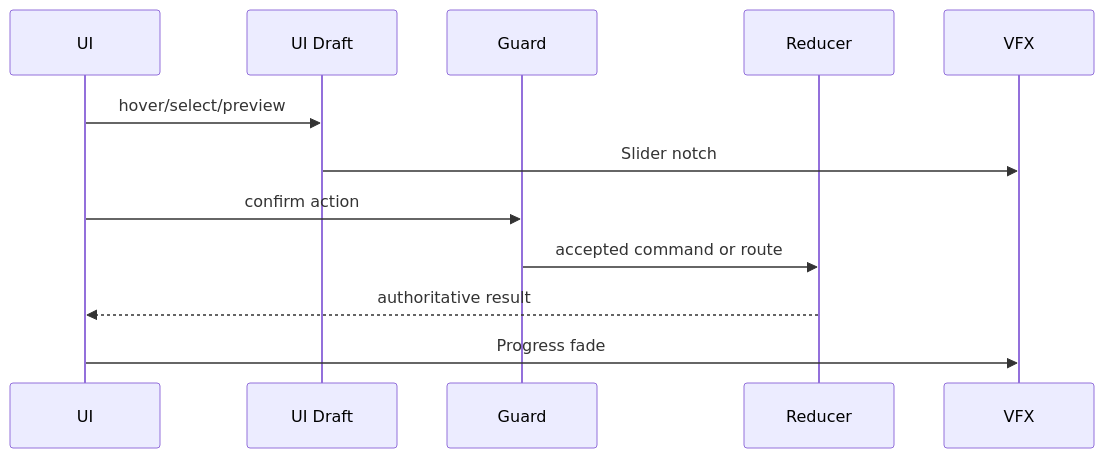
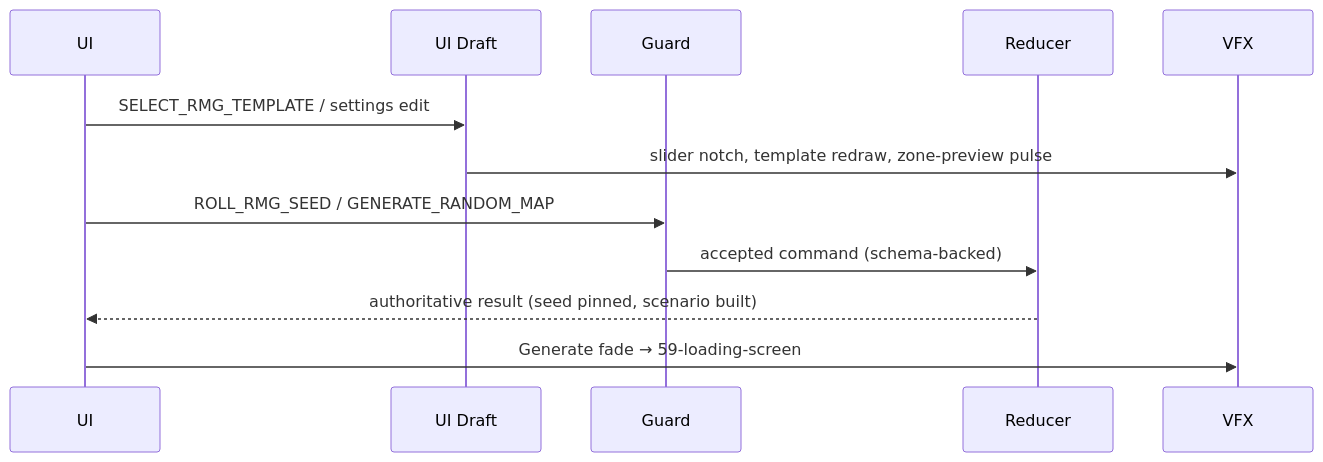
One commit to SunaNoOshiro/Heroes_Reforged_AI_Realms changed the fourth of 5 diagrams in docs/architecture/wiki/screens/06-random-map-setup/architecture.md. Above: the diagram before and after it, drawn with Mermaid. The commit also changed other lines of this file and 518 other files, not shown here.

First line of the commit message:
Add doc-audit skill and sweep architecture/screen docs

````diff
--- a/docs/architecture/wiki/screens/06-random-map-setup/architecture.md
+++ b/docs/architecture/wiki/screens/06-random-map-setup/architecture.md
@@ -54,14 +56,14 @@
 ```mermaid
 sequenceDiagram
   participant UI
   participant Draft as UI Draft
   participant Guard
   participant Reducer
   participant VFX
-  UI->>Draft: hover/select/preview
-  Draft->>VFX: Slider notch
-  UI->>Guard: confirm action
-  Guard->>Reducer: accepted command or route
-  Reducer-->>UI: authoritative result
-  UI->>VFX: Progress fade
+  UI->>Draft: SELECT_RMG_TEMPLATE / settings edit
+  Draft->>VFX: slider notch, template redraw, zone-preview pulse
+  UI->>Guard: ROLL_RMG_SEED / GENERATE_RANDOM_MAP
+  Guard->>Reducer: accepted command (schema-backed)
+  Reducer-->>UI: authoritative result (seed pinned, scenario built)
+  UI->>VFX: Generate fade → 59-loading-screen
 ```
````
